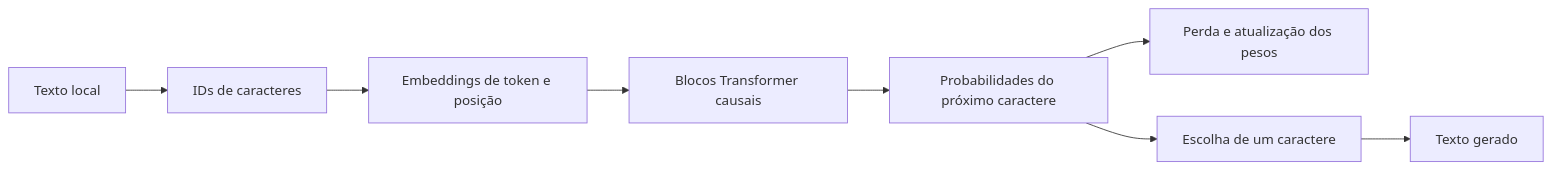
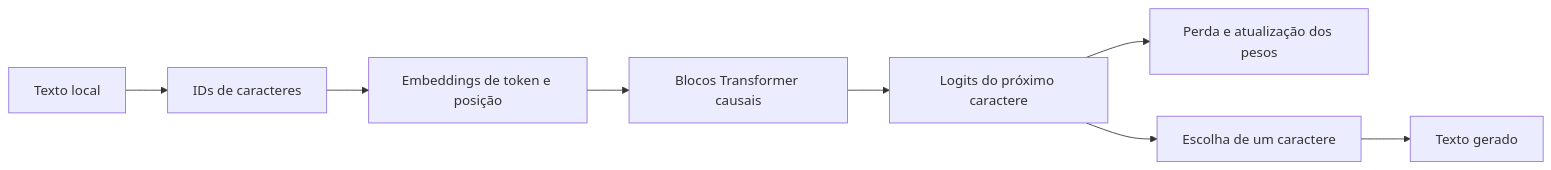
Before and after one commit to MorningloryFox/LLM-From-Scratch: the diagram in README.md, drawn with Mermaid. The commit also changed other lines of this file and 21 other files, not shown here.

````diff
--- a/README.md
+++ b/README.md
@@ -21,10 +29,10 @@
 ```mermaid
 flowchart LR
     A[Texto local] --> B[IDs de caracteres]
     B --> C[Embeddings de token e posição]
     C --> D[Blocos Transformer causais]
-    D --> E[Probabilidades do próximo caractere]
+    D --> E[Logits do próximo caractere]
     E --> F[Perda e atualização dos pesos]
     E --> G[Escolha de um caractere]
     G --> H[Texto gerado]
 ```
````
